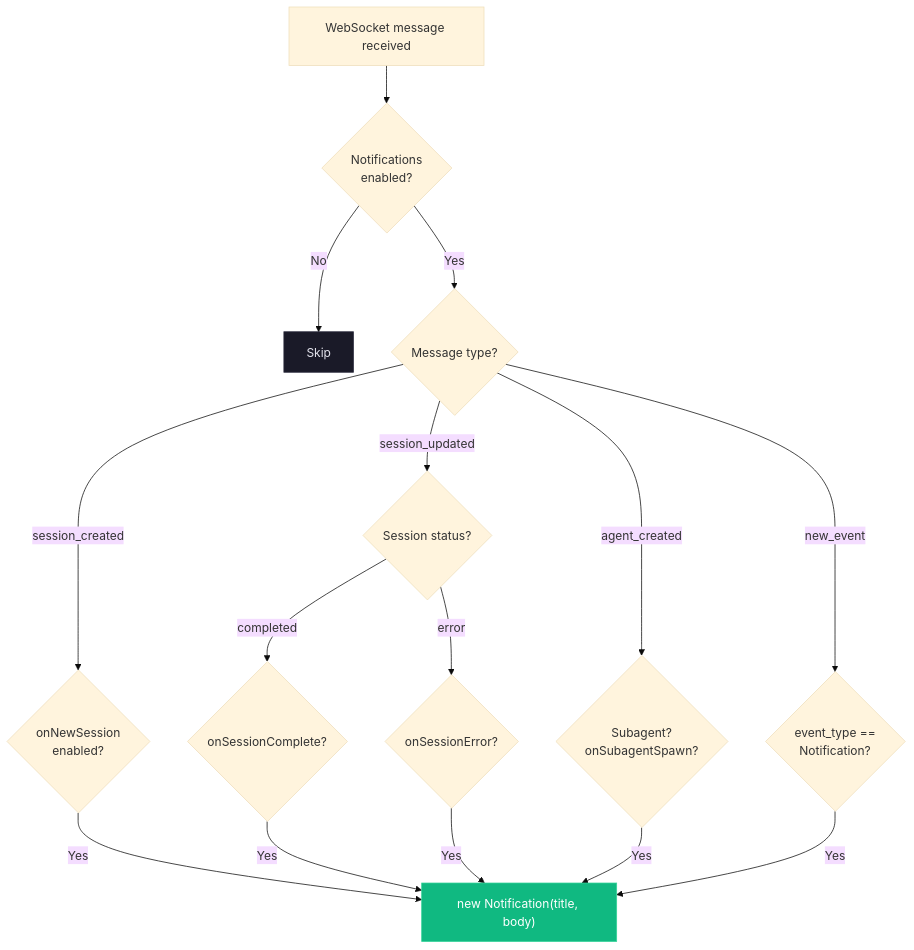
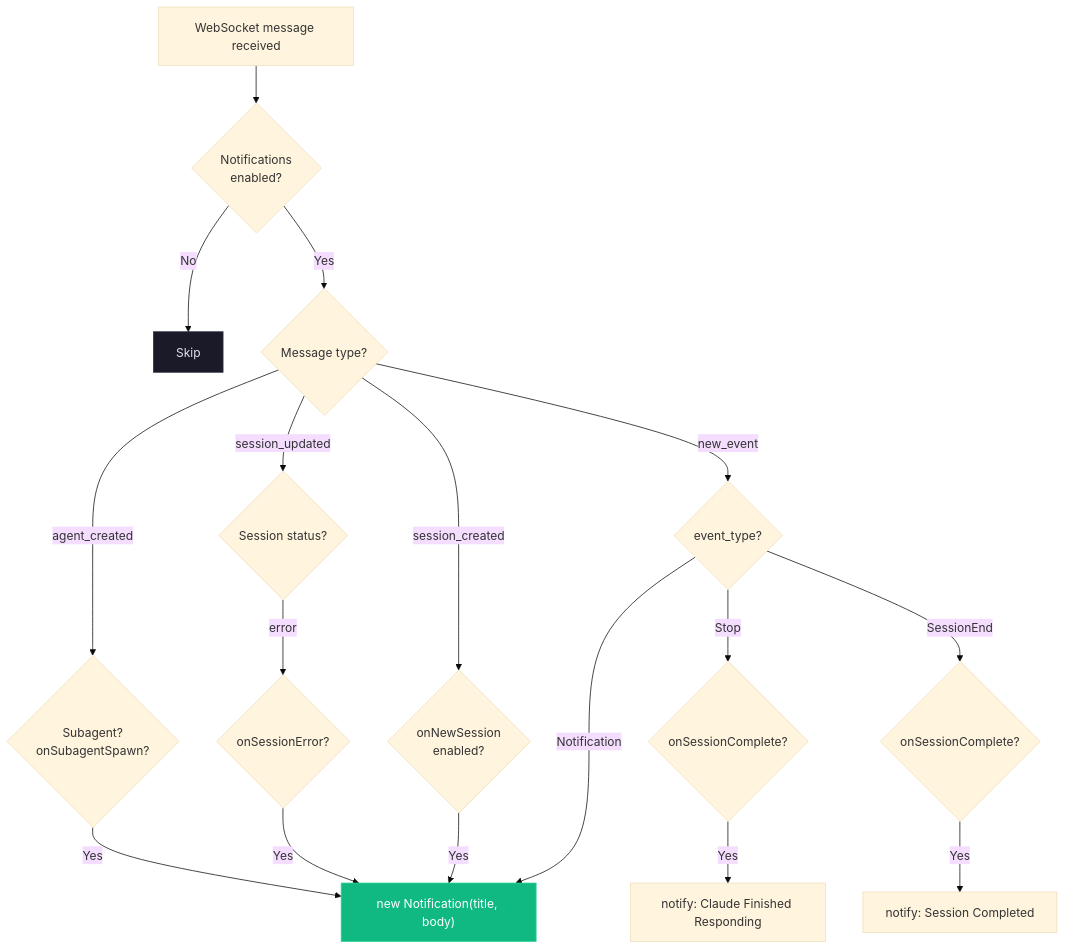
Before and after one commit to mirkanu/gsd-dashboard: diagram 17 of 21 in ARCHITECTURE.md, drawn with Mermaid (base theme). The commit also changed other lines of this file and 20 other files, not shown here.

First line of the commit message:
feat: update session handling and agent status on Stop events

````diff
--- a/ARCHITECTURE.md
+++ b/ARCHITECTURE.md
@@ -752,23 +760,26 @@
 ```mermaid
 flowchart TD
     MSG["WebSocket message received"] --> CHECK_ENABLED{"Notifications<br/>enabled?"}
     CHECK_ENABLED -->|No| SKIP[Skip]
     CHECK_ENABLED -->|Yes| CHECK_TYPE{"Message type?"}
 
     CHECK_TYPE -->|session_created| CHECK_NEW{"onNewSession<br/>enabled?"}
     CHECK_TYPE -->|session_updated| CHECK_STATUS{"Session status?"}
     CHECK_TYPE -->|agent_created| CHECK_SUB{"Subagent?<br/>onSubagentSpawn?"}
-    CHECK_TYPE -->|new_event| CHECK_NOTIF{"event_type ==<br/>Notification?"}
+    CHECK_TYPE -->|new_event| CHECK_EVENT{"event_type?"}
 
-    CHECK_STATUS -->|completed| CHECK_COMPLETE{"onSessionComplete?"}
     CHECK_STATUS -->|error| CHECK_ERROR{"onSessionError?"}
 
+    CHECK_EVENT -->|Stop| CHECK_STOP{"onSessionComplete?"}
+    CHECK_EVENT -->|SessionEnd| CHECK_END{"onSessionComplete?"}
+    CHECK_EVENT -->|Notification| FIRE
+
     CHECK_NEW -->|Yes| FIRE["new Notification(title, body)"]
-    CHECK_COMPLETE -->|Yes| FIRE
+    CHECK_STOP -->|Yes| FIRE_STOP["notify: Claude Finished Responding"]
+    CHECK_END -->|Yes| FIRE_END["notify: Session Completed"]
     CHECK_ERROR -->|Yes| FIRE
     CHECK_SUB -->|Yes| FIRE
-    CHECK_NOTIF -->|Yes| FIRE
 
     style FIRE fill:#10b981,stroke:#34d399,color:#fff
     style SKIP fill:#1a1a28,stroke:#2a2a3d,color:#e4e4ed
 ```
````
